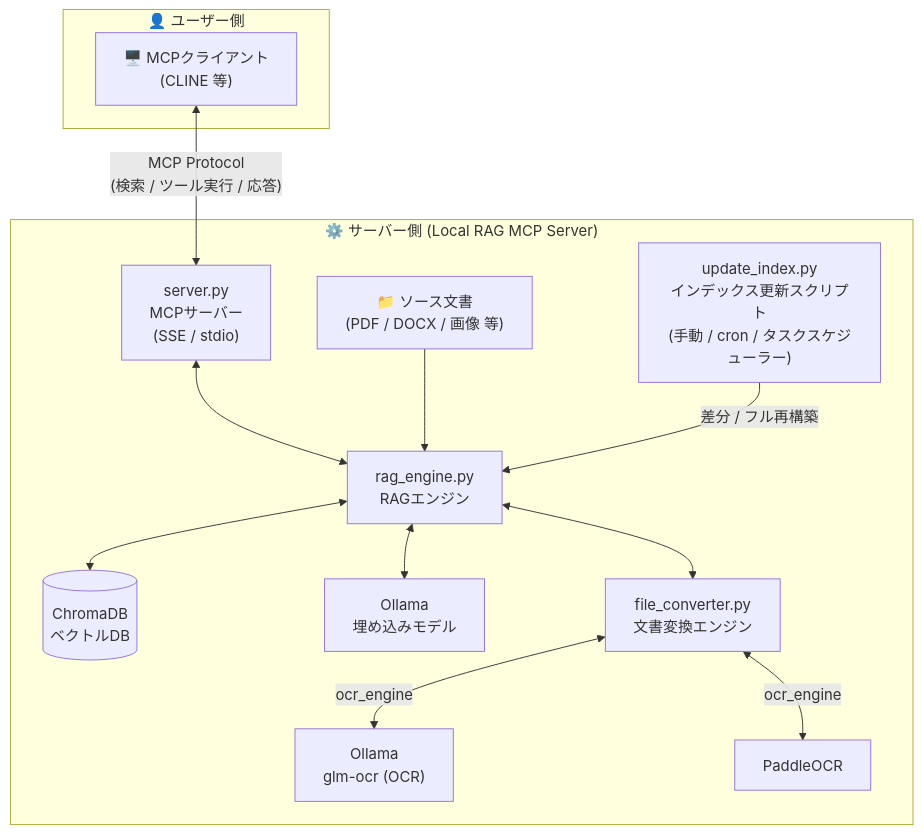
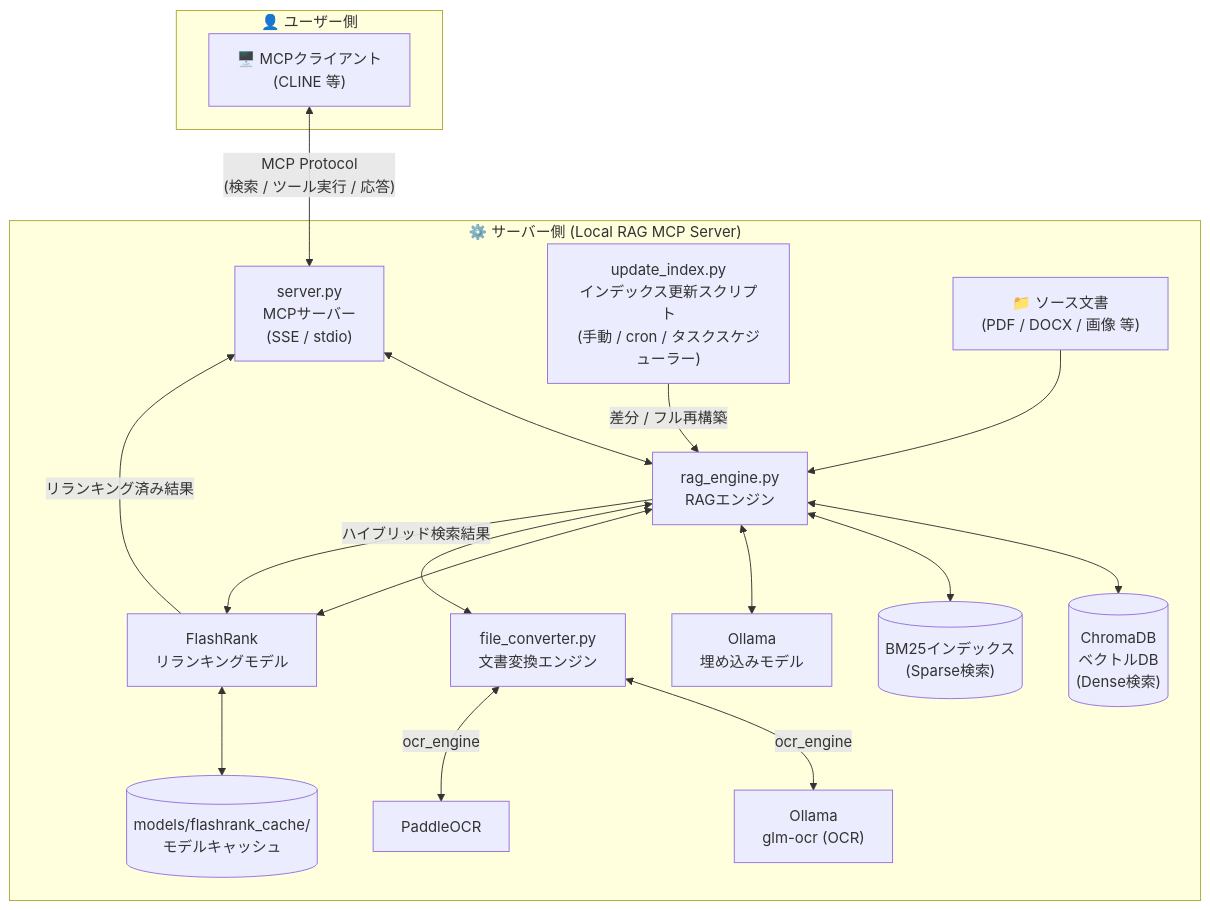
One commit to efn-2101/local-rag-mcp-server changed the diagram in README.md. Above: the diagram before and after it, drawn with Mermaid. The commit also changed other lines of this file and 21 other files, not shown here.

````diff
--- a/README.md
+++ b/README.md
@@ -27,28 +28,36 @@
 ```mermaid
 flowchart TD
     subgraph UserSide["👤 ユーザー側"]
         Client["🖥️ MCPクライアント<br/>(CLINE 等)"]
     end
 
     subgraph ServerSide["⚙️ サーバー側 (Local RAG MCP Server)"]
         Server["server.py<br/>MCPサーバー<br/>(SSE / stdio)"]
         RAG["rag_engine.py<br/>RAGエンジン"]
-        Chroma[("ChromaDB<br/>ベクトルDB")]
+        Chroma[("ChromaDB<br/>ベクトルDB<br/>(Dense検索)")]
+        BM25[("BM25インデックス<br/>(Sparse検索)")]
+        FlashRank["FlashRank<br/>リランキングモデル"]
+        ModelCache[("models/flashrank_cache/<br/>モデルキャッシュ")]
         Ollama_Embed["Ollama<br/>埋め込みモデル"]
         Converter["file_converter.py<br/>文書変換エンジン"]
         OCR_Ollama["Ollama<br/>glm-ocr (OCR)"]
         OCR_Paddle["PaddleOCR"]
         UpdateIdx["update_index.py<br/>インデックス更新スクリプト<br/>(手動 / cron / タスクスケジューラー)"]
         Docs["📁 ソース文書<br/>(PDF / DOCX / 画像 等)"]
     end
 
     Client <-->|"MCP Protocol<br/>(検索 / ツール実行 / 応答)"| Server
     Server <--> RAG
     RAG <--> Chroma
+    RAG <--> BM25
     RAG <--> Ollama_Embed
+    RAG <--> FlashRank
+    FlashRank <--> ModelCache
     RAG <--> Converter
     Converter <-->|"ocr_engine"| OCR_Ollama
     Converter <-->|"ocr_engine"| OCR_Paddle
     Docs --> RAG
     UpdateIdx -->|"差分 / フル再構築"| RAG
+    RAG -->|"ハイブリッド検索結果"| FlashRank
+    FlashRank -->|"リランキング済み結果"| Server
 ```
````
